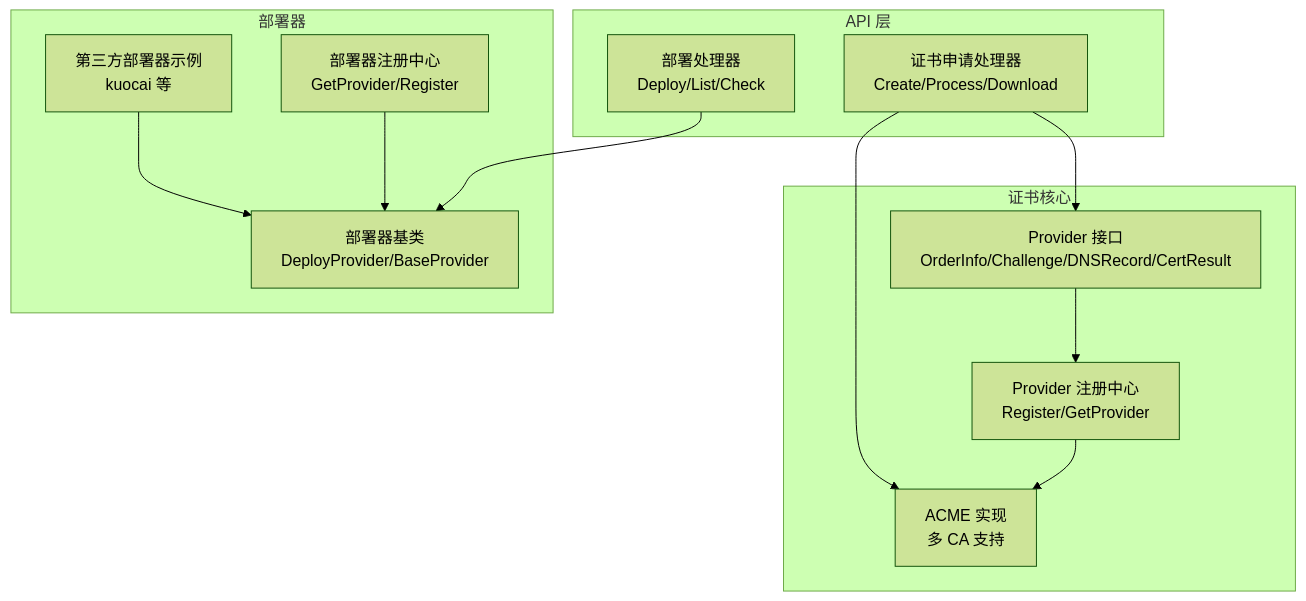
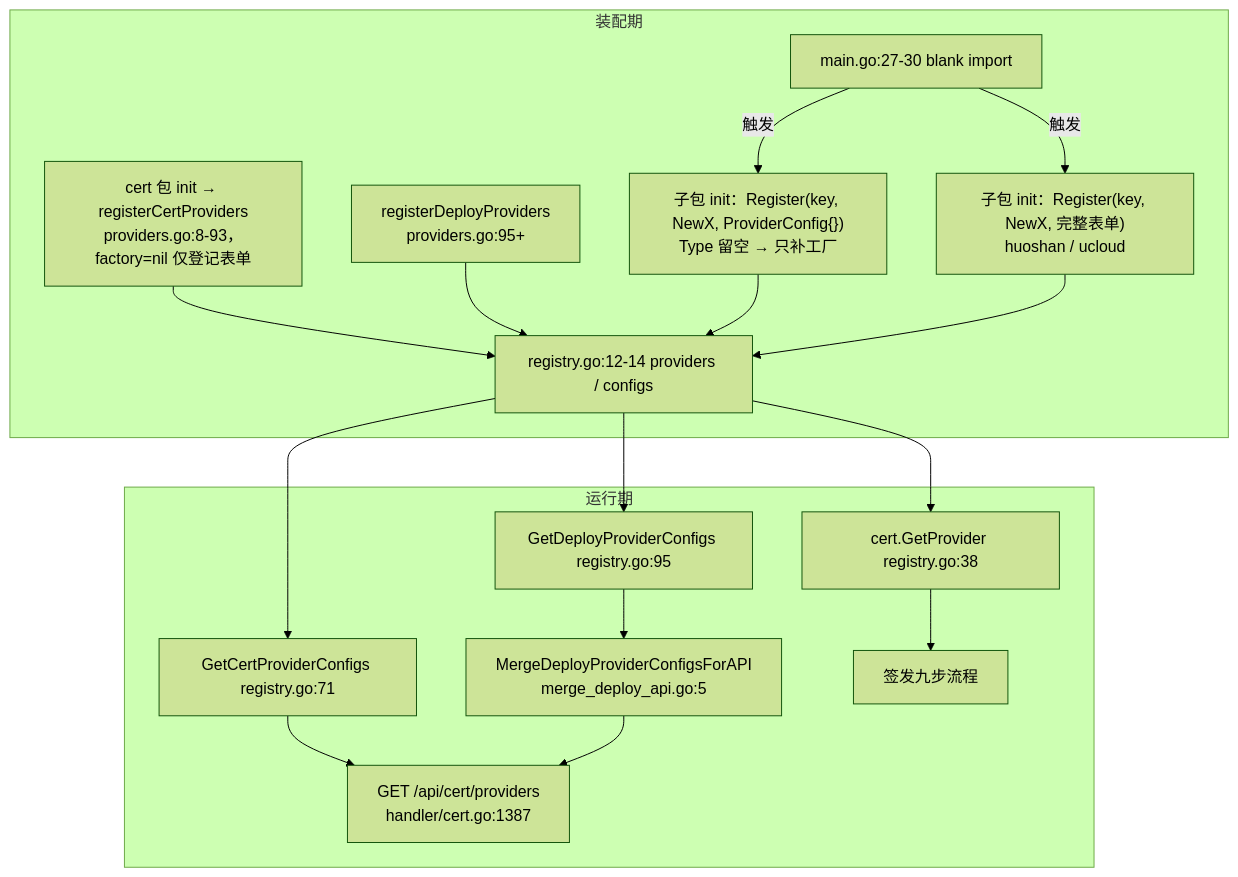
The first of 2 diagrams in docs/扩展开发/证书提供商扩展.md (x01n/dnsplane), drawn with Mermaid (forest theme) before and after one commit. The commit also changed other lines of this file and 326 other files, not shown here.

````diff
--- a/docs/扩展开发/证书提供商扩展.md
+++ b/docs/扩展开发/证书提供商扩展.md
@@ -45,24 +129,25 @@
 ```mermaid
 graph TB
-subgraph "证书核心"
-IF["Provider 接口<br/>OrderInfo/Challenge/DNSRecord/CertResult"]
-REG["Provider 注册中心<br/>Register/GetProvider"]
-ACME["ACME 实现<br/>多 CA 支持"]
+subgraph "装配期"
+P1["cert 包 init → registerCertProviders<br/>providers.go:8-93，factory=nil 仅登记表单"]
+P2["registerDeployProviders<br/>providers.go:95+"]
+M["main.go:27-30 blank import"]
+S1["子包 init：Register(key, NewX, ProviderConfig{})<br/>Type 留空 → 只补工厂"]
+S2["子包 init：Register(key, NewX, 完整表单)<br/>huoshan / ucloud"]
+R["registry.go:12-14 providers / configs"]
+P1 --> R
+P2 --> R
+M -->|触发| S1 --> R
+M -->|触发| S2 --> R
 end
-subgraph "API 层"
-CERT_H["证书申请处理器<br/>Create/Process/Download"]
-DEPLOY_H["部署处理器<br/>Deploy/List/Check"]
+subgraph "运行期"
+V1["GetCertProviderConfigs registry.go:71"]
+V2["GetDeployProviderConfigs registry.go:95"]
+ME["MergeDeployProviderConfigsForAPI<br/>merge_deploy_api.go:5"]
+API["GET /api/cert/providers<br/>handler/cert.go:1387"]
+GP["cert.GetProvider registry.go:38"]
+R --> V1 --> API
+R --> V2 --> ME --> API
+R --> GP --> FL["签发九步流程"]
 end
-subgraph "部署器"
-BASE["部署器基类<br/>DeployProvider/BaseProvider"]
-REG_D["部署器注册中心<br/>GetProvider/Register"]
-OTHERS["第三方部署器示例<br/>kuocai 等"]
-end
-IF --> REG
-REG --> ACME
-CERT_H --> IF
-CERT_H --> ACME
-DEPLOY_H --> BASE
-REG_D --> BASE
-OTHERS --> BASE
 ```
````
